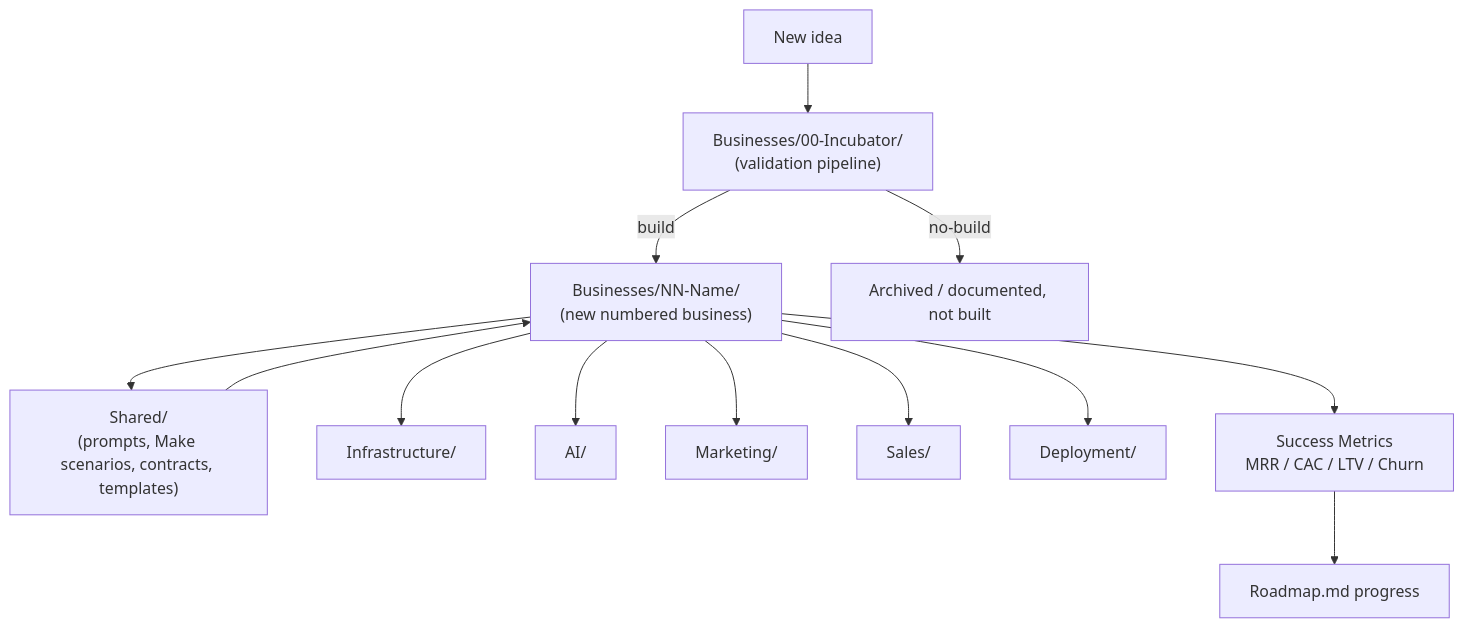
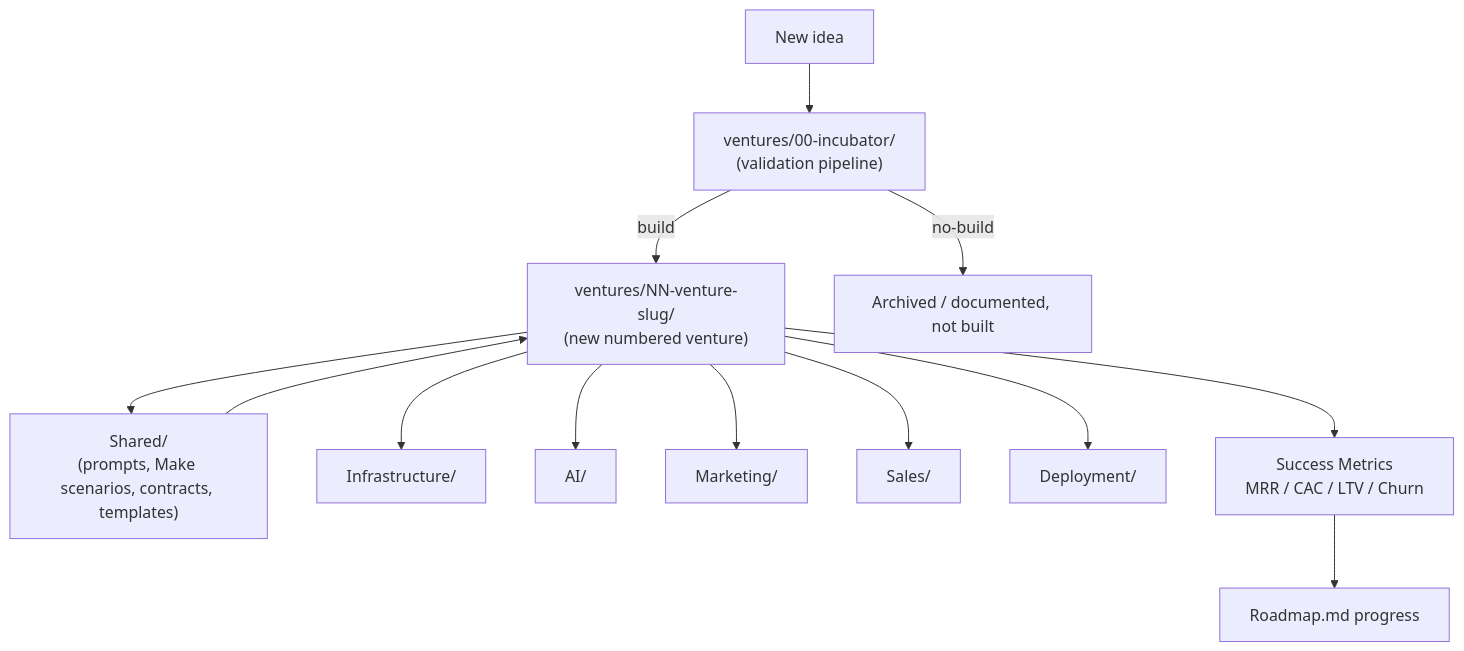
One commit to DEV-Rutledge/Autonomous-Systems changed the diagram in Architecture.md. Above: the diagram before and after it, drawn with Mermaid. The commit also changed other lines of this file and 9 other files, not shown here.

First line of the commit message:
v0.3: restructure Businesses/ -> ventures/, deep taxonomy

````diff
--- a/Architecture.md
+++ b/Architecture.md
@@ -29,18 +29,18 @@
 ```mermaid
 flowchart TD
-    Idea[New idea] --> Incubator["Businesses/00-Incubator/\n(validation pipeline)"]
-    Incubator -- build --> New["Businesses/NN-Name/\n(new numbered business)"]
+    Idea[New idea] --> Incubator["ventures/00-incubator/\n(validation pipeline)"]
+    Incubator -- build --> New["ventures/NN-venture-slug/\n(new numbered venture)"]
     Incubator -- no-build --> Archive[Archived / documented, not built]
 
     New --> Shared["Shared/\n(prompts, Make scenarios, contracts, templates)"]
     Shared --> New
 
     New --> Infra[Infrastructure/]
     New --> AI[AI/]
     New --> Mkt[Marketing/]
     New --> Sales[Sales/]
     New --> Deploy[Deployment/]
 
     New --> Metrics[Success Metrics\nMRR / CAC / LTV / Churn]
     Metrics --> Roadmap[Roadmap.md progress]
 ```
````
